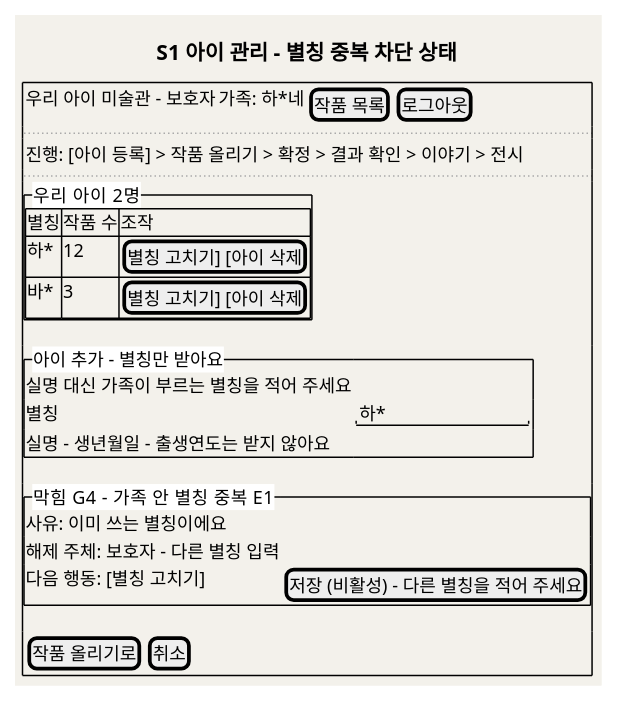
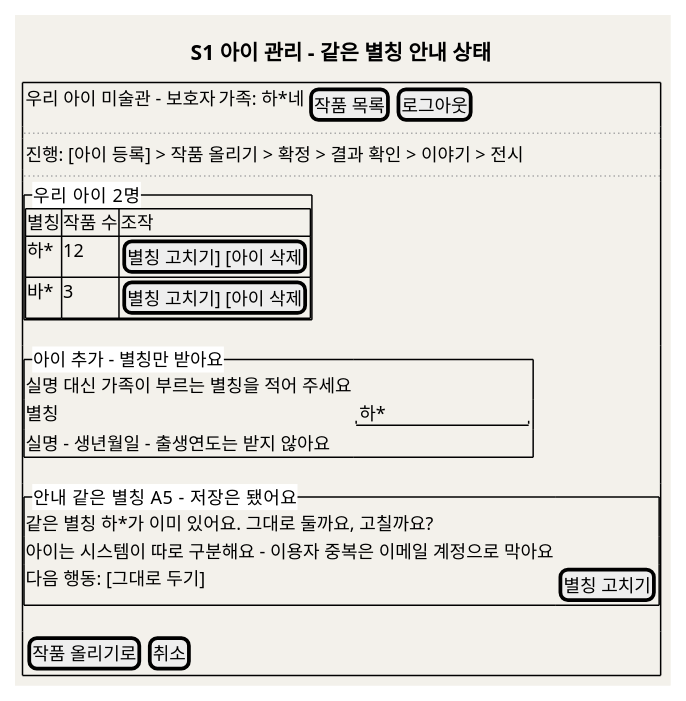
The fifth of 18 diagrams in design/SD_02_UIUX설계서_우리아이미술관.md (kids-gallery/uri-gallery), drawn with PlantUML before and after one commit. The commit also changed other lines of this file and 14 other files, not shown here.

First line of the commit message:
보호자 이메일 로그인과 로그인 정보 찾기(D18): UC13·UC14 신설, 별칭 중복 검사 제거

````diff
--- a/design/SD_02_UIUX설계서_우리아이미술관.md
+++ b/design/SD_02_UIUX설계서_우리아이미술관.md
@@ -334,30 +337,30 @@
 ```plantuml
 @startuml
 skinparam backgroundColor #F3F1EB
-title S1 아이 관리 - 별칭 중복 차단 상태
+title S1 아이 관리 - 같은 별칭 안내 상태
 salt
 {+
 { 우리 아이 미술관 - 보호자 | 가족: 하*네 | [작품 목록] | [로그아웃] }
 ..
 { 진행: [아이 등록] > 작품 올리기 > 확정 > 결과 확인 > 이야기 > 전시 }
 ..
 {^"우리 아이  2명"
 {# 별칭 | 작품 수 | 조작
   하* | 12 | [별칭 고치기] [아이 삭제]
   바* | 3 | [별칭 고치기] [아이 삭제]
 }
 }
 {^"아이 추가 - 별칭만 받아요"
   실명 대신 가족이 부르는 별칭을 적어 주세요
   별칭 | "하*            "
   실명 - 생년월일 - 출생연도는 받지 않아요
 }
-{^"막힘  G4 - 가족 안 별칭 중복  E1"
-  사유: 이미 쓰는 별칭이에요
-  해제 주체: 보호자 - 다른 별칭 입력
-  다음 행동: [별칭 고치기] | [저장 (비활성) - 다른 별칭을 적어 주세요]
+{^"안내  같은 별칭  A5 - 저장은 됐어요"
+  같은 별칭 하*가 이미 있어요. 그대로 둘까요, 고칠까요?
+  아이는 시스템이 따로 구분해요 - 이용자 중복은 이메일 계정으로 막아요
+  다음 행동: [그대로 두기] | [별칭 고치기]
 }
 { [작품 올리기로] | [취소] }
 }
 @enduml
 ```
````
